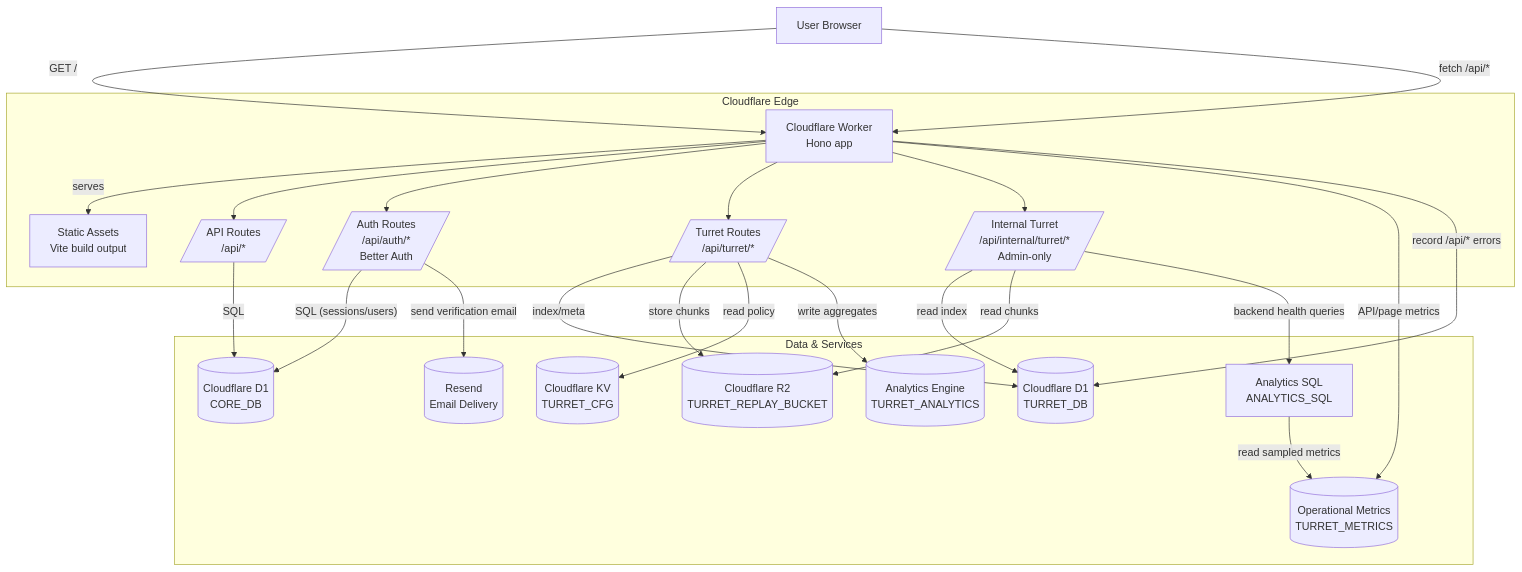
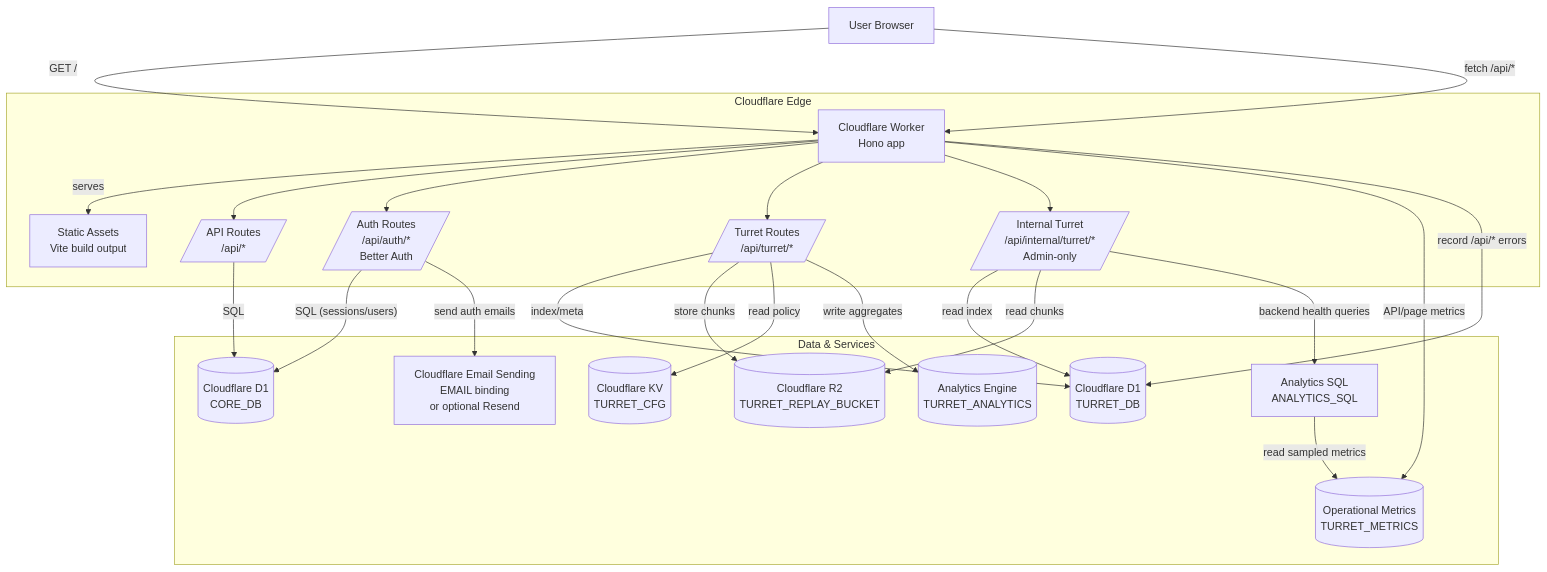
The diagram in README.md (LukasMurdock/the-stack), drawn with Mermaid before and after one commit. The commit also changed other lines of this file and 19 other files, not shown here.

Commit message:
feat: use Cloudflare Email Sending for auth emails

````diff
--- a/README.md
+++ b/README.md
@@ -80,52 +81,52 @@
 ```mermaid
 flowchart TB
   %% The Stack (Cloudflare Workers) - System Diagram
 
   U[User Browser]
 
   subgraph CF[Cloudflare Edge]
     W[Cloudflare Worker<br/>Hono app]
     A[Static Assets<br/>Vite build output]
     API[/API Routes<br/>/api/*/]
     AUTH[/Auth Routes<br/>/api/auth/*<br/>Better Auth/]
     TUR[/Turret Routes<br/>/api/turret/*/]
     TINT[/Internal Turret<br/>/api/internal/turret/*<br/>Admin-only/]
   end
 
   subgraph DATA[Data & Services]
     D1[(Cloudflare D1<br/>CORE_DB)]
     TDB[(Cloudflare D1<br/>TURRET_DB)]
     TR2[(Cloudflare R2<br/>TURRET_REPLAY_BUCKET)]
     TKV[(Cloudflare KV<br/>TURRET_CFG)]
     TAE[(Analytics Engine<br/>TURRET_ANALYTICS)]
     TMET[(Operational Metrics<br/>TURRET_METRICS)]
     ASQL[Analytics SQL<br/>ANALYTICS_SQL]
-    RESEND[(Resend<br/>Email Delivery)]
+    EMAIL[Cloudflare Email Sending<br/>EMAIL binding<br/>or optional Resend]
   end
 
   U -->|"GET /"| W
   W -->|"serves"| A
 
   U -->|"fetch /api/*"| W
   W --> API
   W --> AUTH
   W --> TUR
   W --> TINT
 
   API -->|"SQL"| D1
   AUTH -->|"SQL (sessions/users)"| D1
 
   %% Turret ingestion + playback
   TUR -->|"index/meta"| TDB
   TUR -->|"store chunks"| TR2
   TUR -->|"read policy"| TKV
   TUR -->|"write aggregates"| TAE
   TINT -->|"read index"| TDB
   TINT -->|"read chunks"| TR2
   TINT -->|"backend health queries"| ASQL
   ASQL -->|"read sampled metrics"| TMET
   W -->|"API/page metrics"| TMET
 
   W -->|"record /api/* errors"| TDB
-  AUTH -->|"send verification email"| RESEND
+  AUTH -->|"send auth emails"| EMAIL
 ```
````
